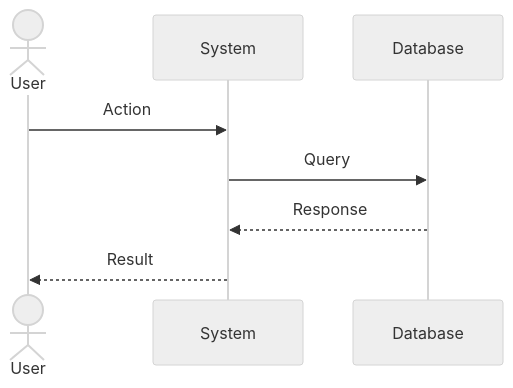
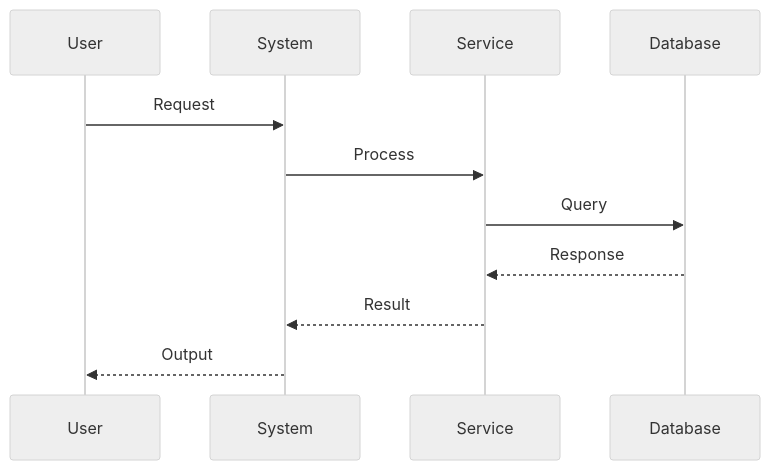
One commit to xincheng213618/OpenDeepWiki changed the third of 10 diagrams in src/KoalaWiki/Prompts/Warehouse/GenerateDocsApplications.md. Above: the diagram before and after it, drawn with Mermaid (neutral theme). The commit also changed other lines of this file and 14 other files, not shown here.

````diff
--- a/src/KoalaWiki/Prompts/Warehouse/GenerateDocsApplications.md
+++ b/src/KoalaWiki/Prompts/Warehouse/GenerateDocsApplications.md
@@ -107,8 +102,13 @@
 ```mermaid
 sequenceDiagram
-    Actor User
-    User->>System: Action
-    System->>Database: Query
-    Database-->>System: Response
-    System-->>User: Result
+    participant User
+    participant System
+    participant Service
+    participant Database
+    User->>System: Request
+    System->>Service: Process
+    Service->>Database: Query
+    Database-->>Service: Response
+    Service-->>System: Result
+    System-->>User: Output
 ```
````
